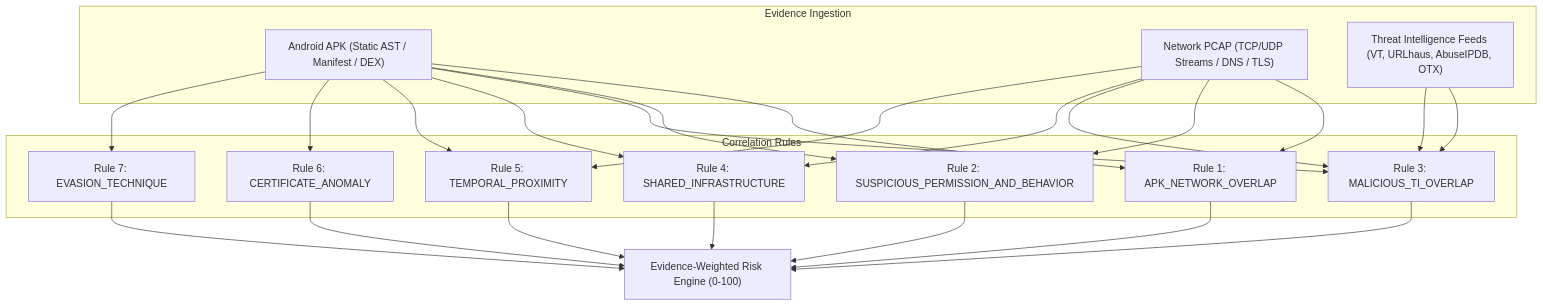
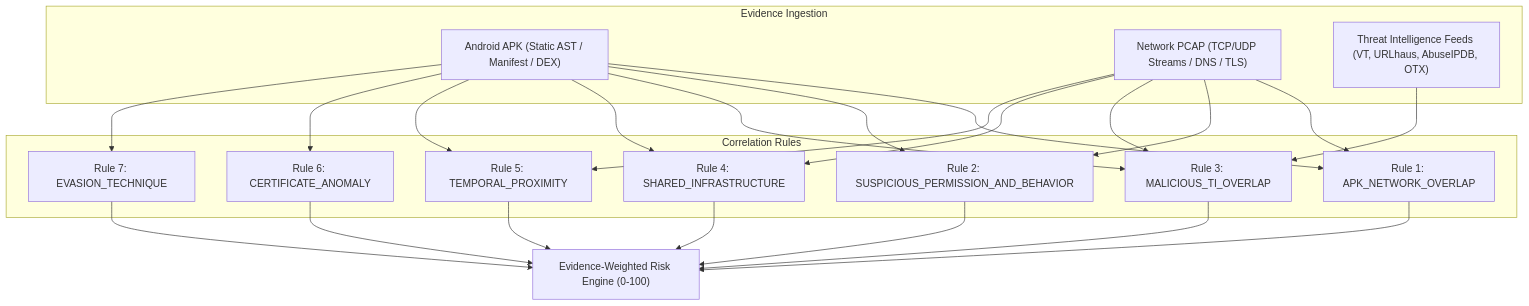
The diagram in docs/correlation_rules.md (tanyajha29/E.M.I.T), drawn with Mermaid before and after one commit. The commit also changed 3 other files, not shown here.

Commit message:
docs: fix Mermaid diagram subgraph syntax and node identifiers for GitHub rendering

````diff
--- a/docs/correlation_rules.md
+++ b/docs/correlation_rules.md
@@ -20,29 +20,40 @@
 ```mermaid
 graph TD
-    subgraph Evidence Ingestion
+    subgraph EvidenceIngestion ["Evidence Ingestion"]
         APK["Android APK (Static AST / Manifest / DEX)"]
         PCAP["Network PCAP (TCP/UDP Streams / DNS / TLS)"]
         TI["Threat Intelligence Feeds (VT, URLhaus, AbuseIPDB, OTX)"]
     end
 
-    subgraph Correlation Rules
+    subgraph CorrelationRules ["Correlation Rules"]
         R1["Rule 1: APK_NETWORK_OVERLAP"]
         R2["Rule 2: SUSPICIOUS_PERMISSION_AND_BEHAVIOR"]
         R3["Rule 3: MALICIOUS_TI_OVERLAP"]
         R4["Rule 4: SHARED_INFRASTRUCTURE"]
         R5["Rule 5: TEMPORAL_PROXIMITY"]
         R6["Rule 6: CERTIFICATE_ANOMALY"]
         R7["Rule 7: EVASION_TECHNIQUE"]
     end
 
-    APK & PCAP --> R1
-    APK & PCAP --> R2
-    APK & TI --> R3
-    PCAP & TI --> R3
-    APK & PCAP --> R4
-    APK & PCAP --> R5
+    APK --> R1
+    PCAP --> R1
+    APK --> R2
+    PCAP --> R2
+    APK --> R3
+    PCAP --> R3
+    TI --> R3
+    APK --> R4
+    PCAP --> R4
+    APK --> R5
+    PCAP --> R5
     APK --> R6
     APK --> R7
 
-    R1 & R2 & R3 & R4 & R5 & R6 & R7 --> Risk["Evidence-Weighted Risk Engine (0-100)"]
+    R1 --> Risk["Evidence-Weighted Risk Engine (0-100)"]
+    R2 --> Risk
+    R3 --> Risk
+    R4 --> Risk
+    R5 --> Risk
+    R6 --> Risk
+    R7 --> Risk
 ```
````
